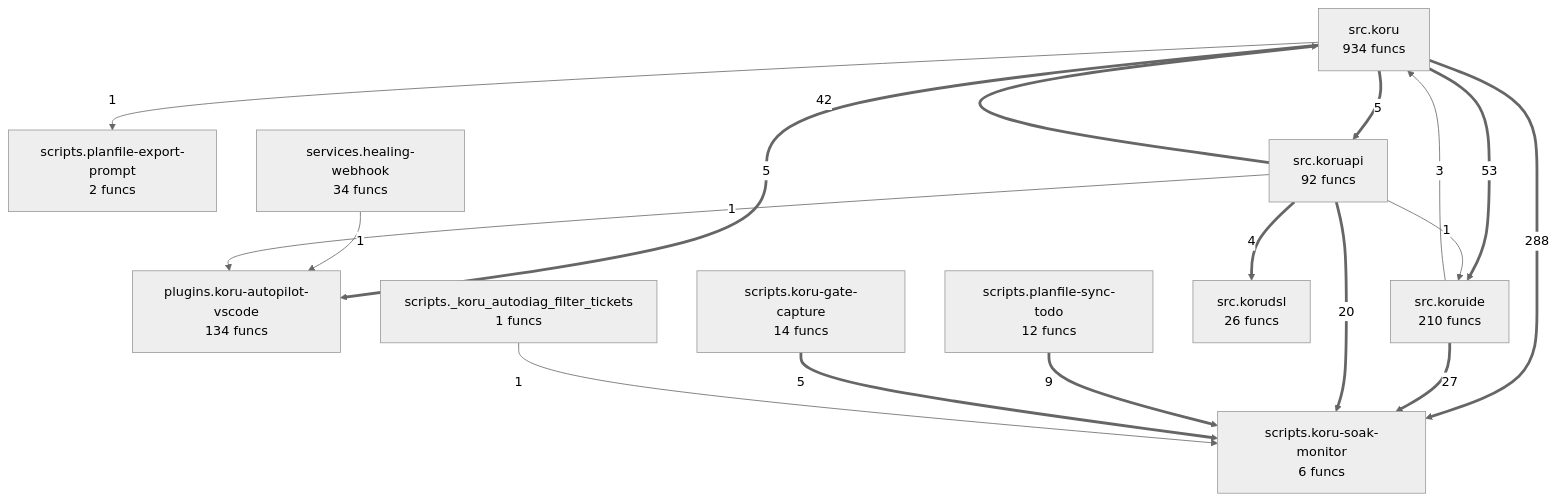
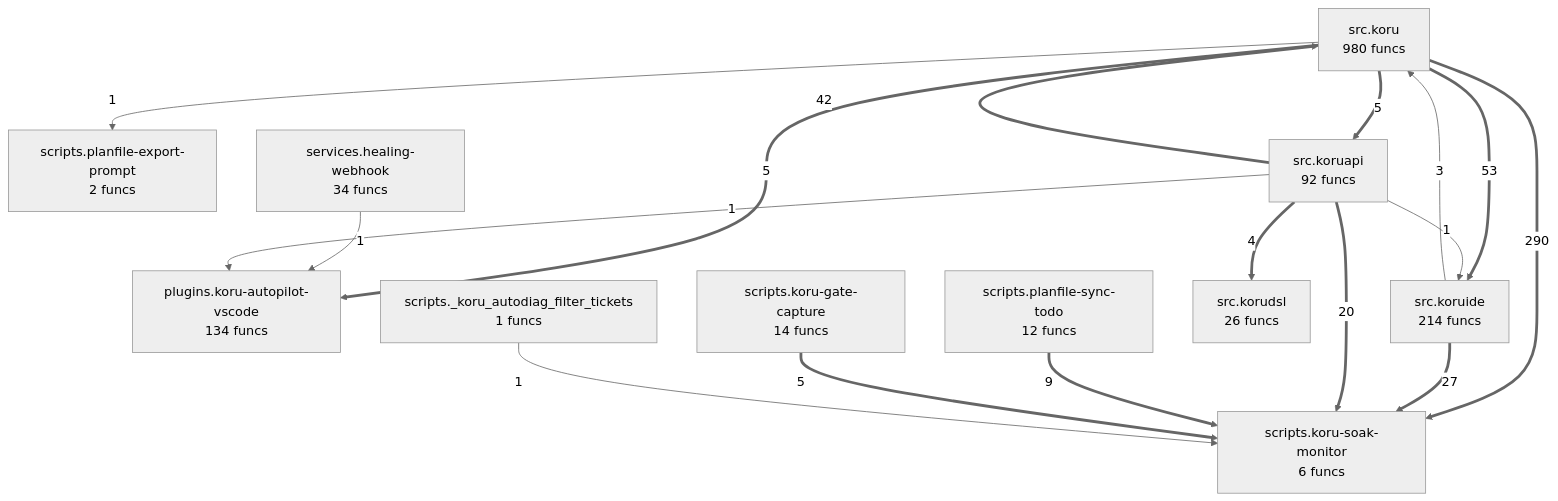
Before and after one commit to semcod/koru: the diagram in project/compact_flow.mmd, drawn with Mermaid (neutral theme). The commit also changed 35 other files, not shown here.

```diff
--- a/project/compact_flow.mmd
+++ b/project/compact_flow.mmd
@@ -1,29 +1,29 @@
 flowchart TD
-%% generated in 0.07s
+%% generated in 0.09s
     plugins__koru_autopilot_vscode["plugins.koru-autopilot-vscode<br/>134 funcs"]
     scripts___koru_autodiag_filter_tickets["scripts._koru_autodiag_filter_tickets<br/>1 funcs"]
     scripts__koru_gate_capture["scripts.koru-gate-capture<br/>14 funcs"]
     scripts__koru_soak_monitor["scripts.koru-soak-monitor<br/>6 funcs"]
     scripts__planfile_export_prompt["scripts.planfile-export-prompt<br/>2 funcs"]
     scripts__planfile_sync_todo["scripts.planfile-sync-todo<br/>12 funcs"]
     services__healing_webhook["services.healing-webhook<br/>34 funcs"]
-    src__koru["src.koru<br/>934 funcs"]
+    src__koru["src.koru<br/>980 funcs"]
     src__koruapi["src.koruapi<br/>92 funcs"]
     src__korudsl["src.korudsl<br/>26 funcs"]
-    src__koruide["src.koruide<br/>210 funcs"]
-    src__koru ==>|288| scripts__koru_soak_monitor
+    src__koruide["src.koruide<br/>214 funcs"]
+    src__koru ==>|290| scripts__koru_soak_monitor
     src__koru ==>|53| src__koruide
     src__koruapi ==>|42| src__koru
     src__koruide ==>|27| scripts__koru_soak_monitor
     src__koruapi ==>|20| scripts__koru_soak_monitor
     scripts__planfile_sync_todo ==>|9| scripts__koru_soak_monitor
     src__koru ==>|5| plugins__koru_autopilot_vscode
     src__koru ==>|5| src__koruapi
     scripts__koru_gate_capture ==>|5| scripts__koru_soak_monitor
     src__koruapi ==>|4| src__korudsl
     src__koruide -->|3| src__koru
     services__healing_webhook -->|1| plugins__koru_autopilot_vscode
     src__koruapi -->|1| plugins__koru_autopilot_vscode
     src__koruapi -->|1| src__koruide
     src__koru -->|1| scripts__planfile_export_prompt
     scripts___koru_autodiag_filter_tickets -->|1| scripts__koru_soak_monitor
```
